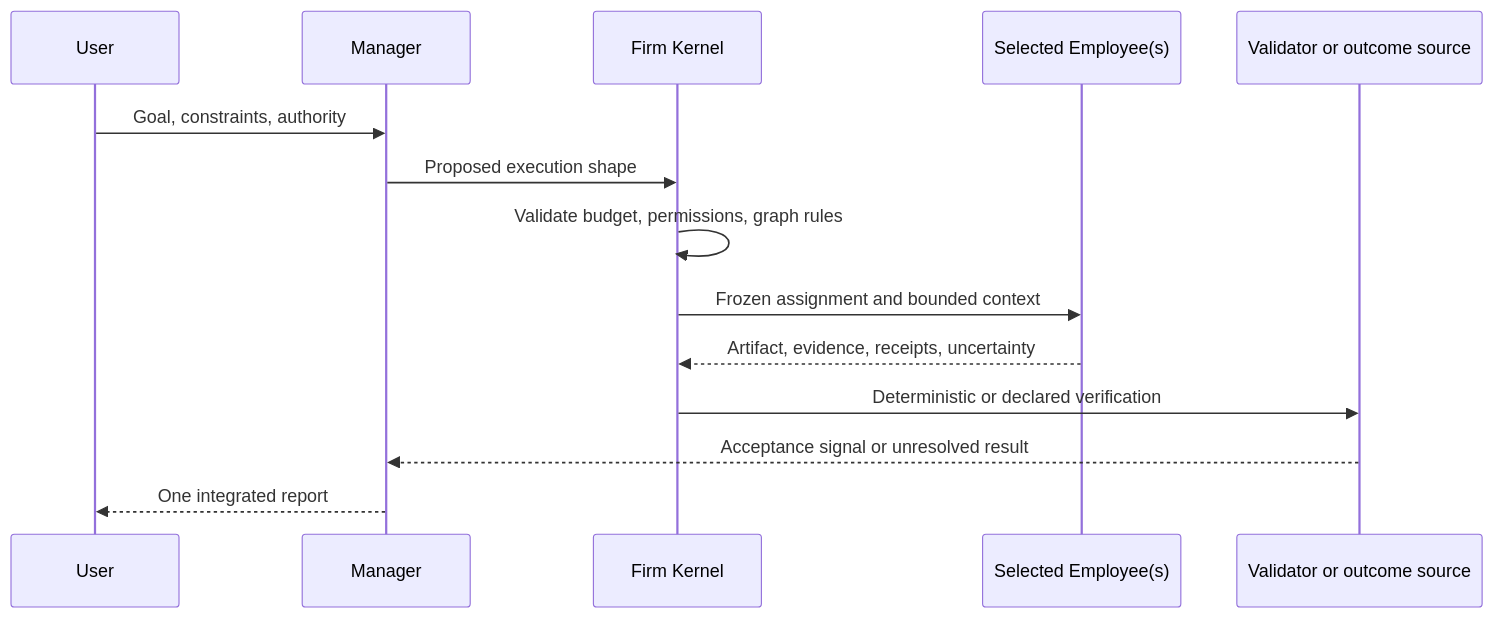
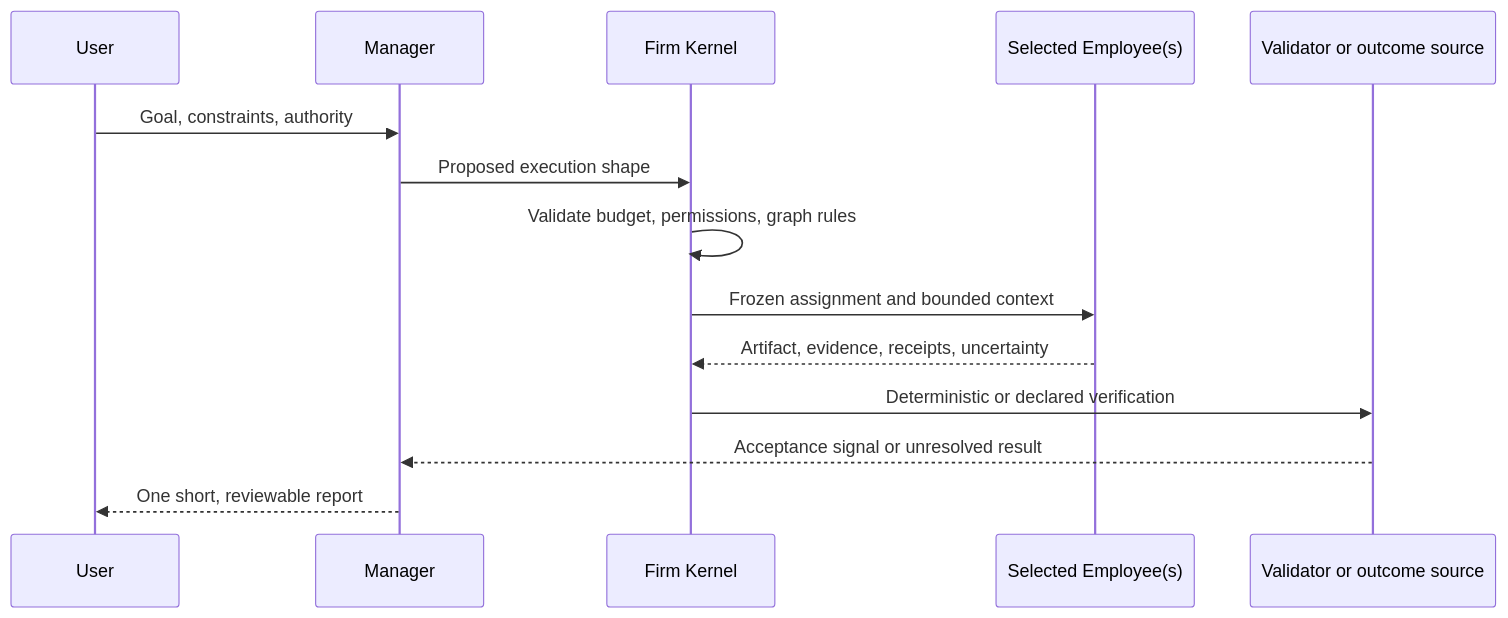
The second of 3 diagrams in docs/en/01-dynamic-firm-runtime.md (j6t22t4gy4-spec/noruct), drawn with Mermaid before and after one commit. The commit also changed other lines of this file and 20 other files, not shown here.

````diff
--- a/docs/en/01-dynamic-firm-runtime.md
+++ b/docs/en/01-dynamic-firm-runtime.md
@@ -52,16 +52,16 @@
 ```mermaid
 sequenceDiagram
   participant U as User
   participant M as Manager
   participant K as Firm Kernel
   participant E as Selected Employee(s)
   participant V as Validator or outcome source
   U->>M: Goal, constraints, authority
   M->>K: Proposed execution shape
   K->>K: Validate budget, permissions, graph rules
   K->>E: Frozen assignment and bounded context
   E-->>K: Artifact, evidence, receipts, uncertainty
   K->>V: Deterministic or declared verification
   V-->>M: Acceptance signal or unresolved result
-  M-->>U: One integrated report
+  M-->>U: One short, reviewable report
 ```
````
